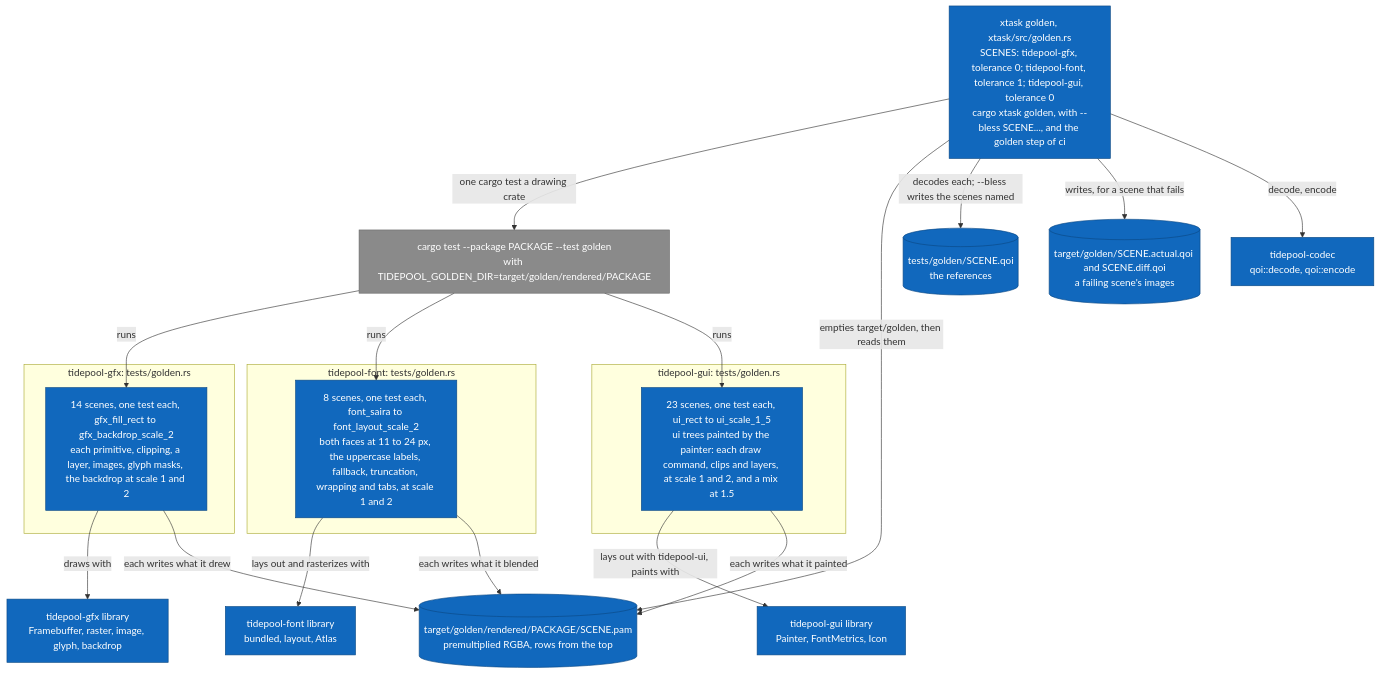
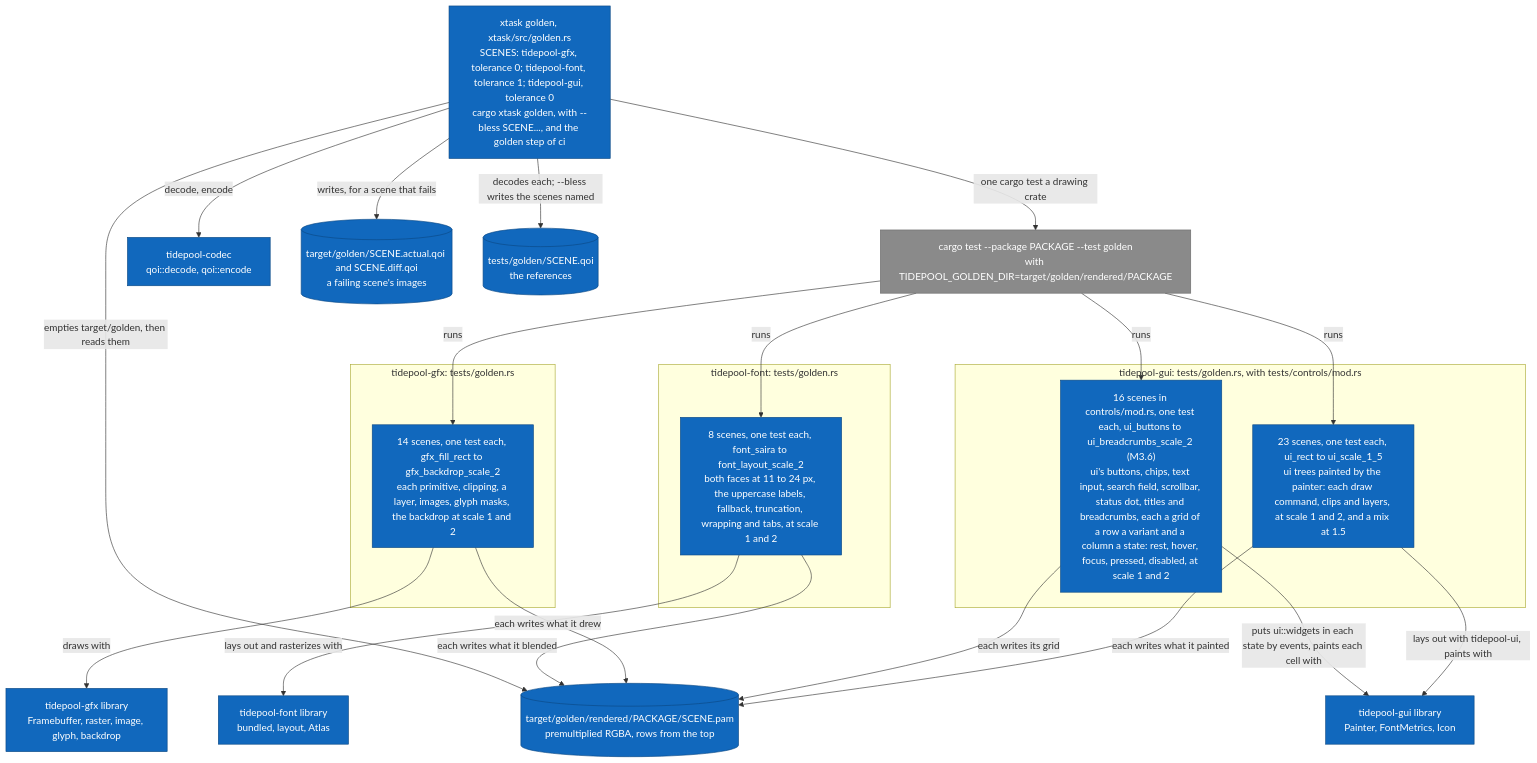
One commit to jabbott-iii/Tidepool changed diagram 17 of 17 in diagrams/c4-architecture.md. Above: the diagram before and after it, drawn with Mermaid. The commit also changed other lines of this file and 64 other files, not shown here.

First line of the commit message:
ui: controls, theme tokens and grapheme editing (M3.6)

````diff
--- a/diagrams/c4-architecture.md
+++ b/diagrams/c4-architecture.md
@@ -991,44 +994,48 @@
 ```mermaid
 flowchart TB
     c_golden["xtask golden, xtask/src/golden.rs<br/>SCENES: tidepool-gfx, tolerance 0; tidepool-font, tolerance 1; tidepool-gui, tolerance 0<br/>cargo xtask golden, with --bless SCENE..., and the golden step of ci"]
     e_cargo["cargo test --package PACKAGE --test golden<br/>with TIDEPOOL_GOLDEN_DIR=target/golden/rendered/PACKAGE"]
     subgraph b_gfx["tidepool-gfx: tests/golden.rs"]
         t_scenes["14 scenes, one test each, gfx_fill_rect to gfx_backdrop_scale_2<br/>each primitive, clipping, a layer, images, glyph masks, the backdrop at scale 1 and 2"]
     end
     subgraph b_font["tidepool-font: tests/golden.rs"]
         t_font["8 scenes, one test each, font_saira to font_layout_scale_2<br/>both faces at 11 to 24 px, the uppercase labels, fallback, truncation, wrapping and tabs, at scale 1 and 2"]
     end
     k_font["tidepool-font library<br/>bundled, layout, Atlas"]
-    subgraph b_gui["tidepool-gui: tests/golden.rs"]
+    subgraph b_gui["tidepool-gui: tests/golden.rs, with tests/controls/mod.rs"]
         t_ui["23 scenes, one test each, ui_rect to ui_scale_1_5<br/>ui trees painted by the painter: each draw command, clips and layers, at scale 1 and 2, and a mix at 1.5"]
+        t_controls["16 scenes in controls/mod.rs, one test each, ui_buttons to ui_breadcrumbs_scale_2 (M3.6)<br/>ui's buttons, chips, text input, search field, scrollbar, status dot, titles and breadcrumbs, each a grid of a row a variant and a column a state: rest, hover, focus, pressed, disabled, at scale 1 and 2"]
     end
     k_gui["tidepool-gui library<br/>Painter, FontMetrics, Icon"]
     k_gfx["tidepool-gfx library<br/>Framebuffer, raster, image, glyph, backdrop"]
     k_codec["tidepool-codec<br/>qoi::decode, qoi::encode"]
     s_rendered[("target/golden/rendered/PACKAGE/SCENE.pam<br/>premultiplied RGBA, rows from the top")]
     s_images[("target/golden/SCENE.actual.qoi and SCENE.diff.qoi<br/>a failing scene's images")]
     s_refs[("tests/golden/SCENE.qoi<br/>the references")]
 
     c_golden -->|"one cargo test a drawing crate"| e_cargo
     e_cargo -->|"runs"| t_scenes
     e_cargo -->|"runs"| t_font
     e_cargo -->|"runs"| t_ui
+    e_cargo -->|"runs"| t_controls
     t_ui -->|"lays out with tidepool-ui, paints with"| k_gui
     t_ui -->|"each writes what it painted"| s_rendered
+    t_controls -->|"puts ui::widgets in each state by events, paints each cell with"| k_gui
+    t_controls -->|"each writes its grid"| s_rendered
     t_scenes -->|"draws with"| k_gfx
     t_scenes -->|"each writes what it drew"| s_rendered
     t_font -->|"lays out and rasterizes with"| k_font
     t_font -->|"each writes what it blended"| s_rendered
     c_golden -->|"empties target/golden, then reads them"| s_rendered
     c_golden -->|"decodes each; --bless writes the scenes named"| s_refs
     c_golden -->|"writes, for a scene that fails"| s_images
     c_golden -->|"decode, encode"| k_codec
 
     classDef built fill:#1168bd,stroke:#0b4884,color:#ffffff
     classDef external fill:#8a8a8a,stroke:#6b6b6b,color:#ffffff
     classDef planned fill:#ffffff,stroke:#888888,stroke-dasharray: 5 5,color:#555555
     classDef store fill:#1168bd,stroke:#0b4884,color:#ffffff
-    class c_golden,t_scenes,t_font,t_ui,k_gfx,k_font,k_gui,k_codec built
+    class c_golden,t_scenes,t_font,t_ui,t_controls,k_gfx,k_font,k_gui,k_codec built
     class s_rendered,s_images,s_refs store
     class e_cargo external
 ```
````
